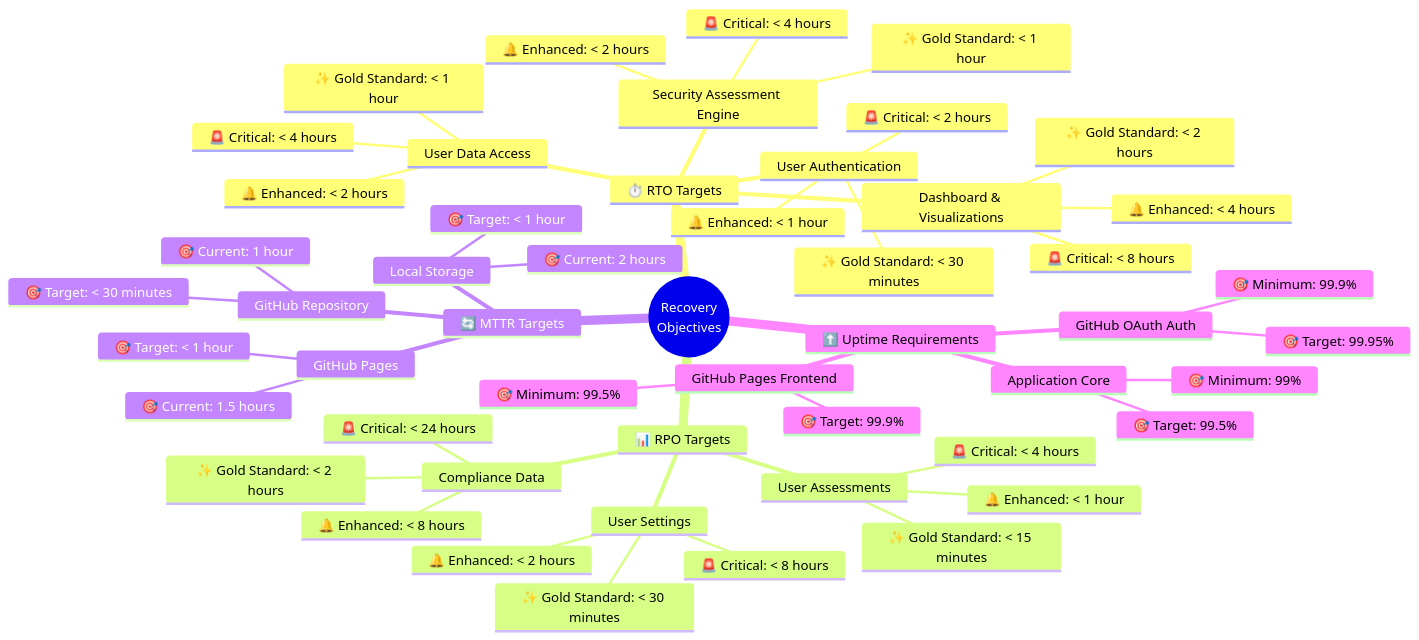
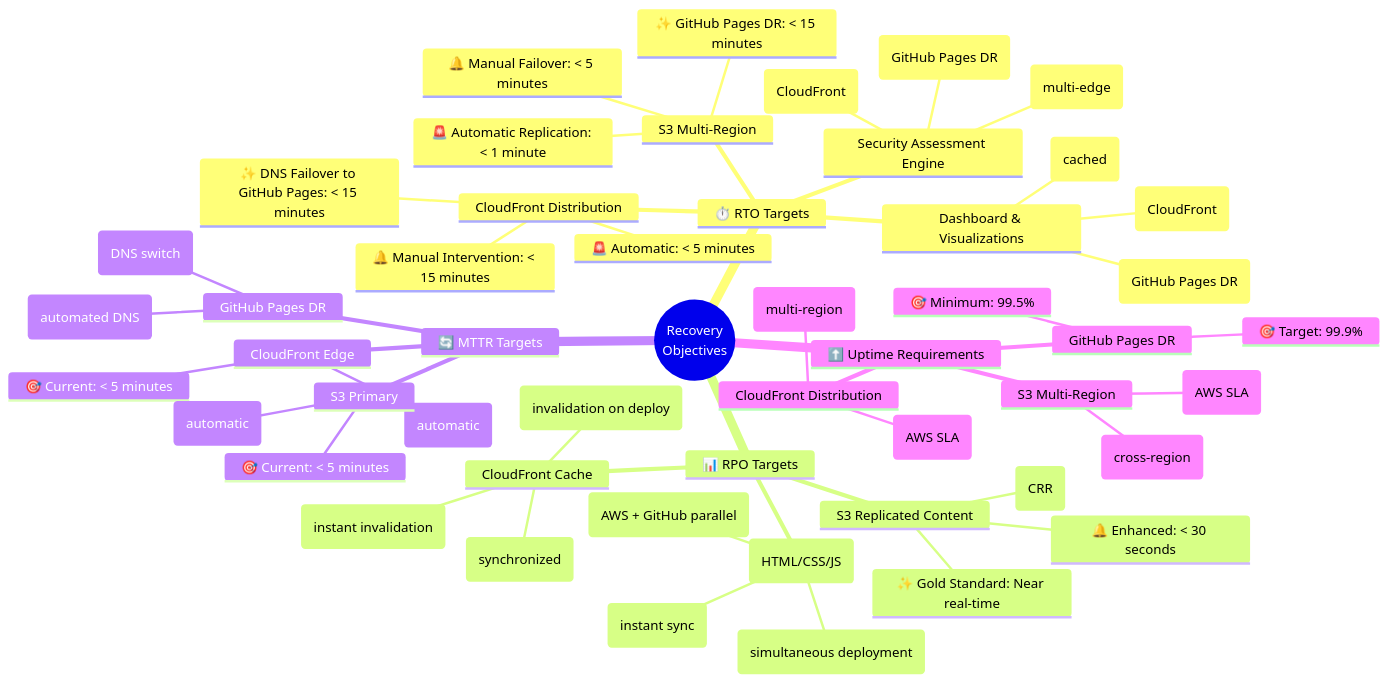
One commit to Hack23/cia-compliance-manager changed diagram 11 of 33 in docs/architecture/BCPPlan.md. Above: the diagram before and after it, drawn with Mermaid. The commit also changed other lines of this file and 6 other files, not shown here.

First line of the commit message:
Update architecture documentation to reflect AWS CloudFront + S3 multi-region deployment

````diff
--- a/docs/architecture/BCPPlan.md
+++ b/docs/architecture/BCPPlan.md
@@ -360,54 +381,54 @@
 ```mermaid
 mindmap
   root((Recovery<br>Objectives))
     ⏱️ RTO Targets
-      User Authentication
-        🚨 Critical: < 2 hours
-        🔔 Enhanced: < 1 hour
-        ✨ Gold Standard: < 30 minutes
+      CloudFront Distribution
+        🚨 Automatic: < 5 minutes
+        🔔 Manual Intervention: < 15 minutes
+        ✨ DNS Failover to GitHub Pages: < 15 minutes
+      S3 Multi-Region
+        🚨 Automatic Replication: < 1 minute
+        🔔 Manual Failover: < 5 minutes
+        ✨ GitHub Pages DR: < 15 minutes
       Security Assessment Engine
-        🚨 Critical: < 4 hours
-        🔔 Enhanced: < 2 hours
-        ✨ Gold Standard: < 1 hour
+        🚨 Critical: < 5 minutes (CloudFront)
+        🔔 Enhanced: < 15 minutes (GitHub Pages DR)
+        ✨ Gold Standard: < 5 minutes (multi-edge)
       Dashboard & Visualizations
-        🚨 Critical: < 8 hours
-        🔔 Enhanced: < 4 hours
-        ✨ Gold Standard: < 2 hours
-      User Data Access
-        🚨 Critical: < 4 hours
-        🔔 Enhanced: < 2 hours
-        ✨ Gold Standard: < 1 hour
+        🚨 Critical: < 5 minutes (CloudFront)
+        🔔 Enhanced: < 15 minutes (GitHub Pages DR)
+        ✨ Gold Standard: < 5 minutes (cached)
     📊 RPO Targets
-      User Assessments
-        🚨 Critical: < 4 hours
-        🔔 Enhanced: < 1 hour
-        ✨ Gold Standard: < 15 minutes
-      User Settings
-        🚨 Critical: < 8 hours
-        🔔 Enhanced: < 2 hours
-        ✨ Gold Standard: < 30 minutes
-      Compliance Data
-        🚨 Critical: < 24 hours
-        🔔 Enhanced: < 8 hours
-        ✨ Gold Standard: < 2 hours
+      Static Content (HTML/CSS/JS)
+        🚨 Critical: 0 (simultaneous deployment)
+        🔔 Enhanced: 0 (AWS + GitHub parallel)
+        ✨ Gold Standard: 0 (instant sync)
+      S3 Replicated Content
+        🚨 Critical: < 1 minute (CRR)
+        🔔 Enhanced: < 30 seconds
+        ✨ Gold Standard: Near real-time
+      CloudFront Cache
+        🚨 Critical: 0 (invalidation on deploy)
+        🔔 Enhanced: 0 (instant invalidation)
+        ✨ Gold Standard: 0 (synchronized)
     🔄 MTTR Targets
-      GitHub Pages
-        🎯 Current: 1.5 hours
-        🎯 Target: < 1 hour
-      GitHub Repository
-        🎯 Current: 1 hour
-        🎯 Target: < 30 minutes
-      Local Storage
-        🎯 Current: 2 hours
-        🎯 Target: < 1 hour
+      CloudFront Edge
+        🎯 Current: < 5 minutes
+        🎯 Target: < 5 minutes (automatic)
+      S3 Primary
+        🎯 Current: < 5 minutes
+        🎯 Target: < 5 minutes (automatic)
+      GitHub Pages DR
+        🎯 Current: < 15 minutes (DNS switch)
+        🎯 Target: < 10 minutes (automated DNS)
     ⬆️ Uptime Requirements
-      GitHub Pages Frontend
+      CloudFront Distribution
+        🎯 Minimum: 99.9% (AWS SLA)
+        🎯 Target: 99.99% (multi-region)
+      S3 Multi-Region
+        🎯 Minimum: 99.99% (AWS SLA)
+        🎯 Target: 99.999% (cross-region)
+      GitHub Pages DR
         🎯 Minimum: 99.5%
         🎯 Target: 99.9%
-      GitHub OAuth Auth
-        🎯 Minimum: 99.9%
-        🎯 Target: 99.95%
-      Application Core
-        🎯 Minimum: 99%
-        🎯 Target: 99.5%
 ```
````
